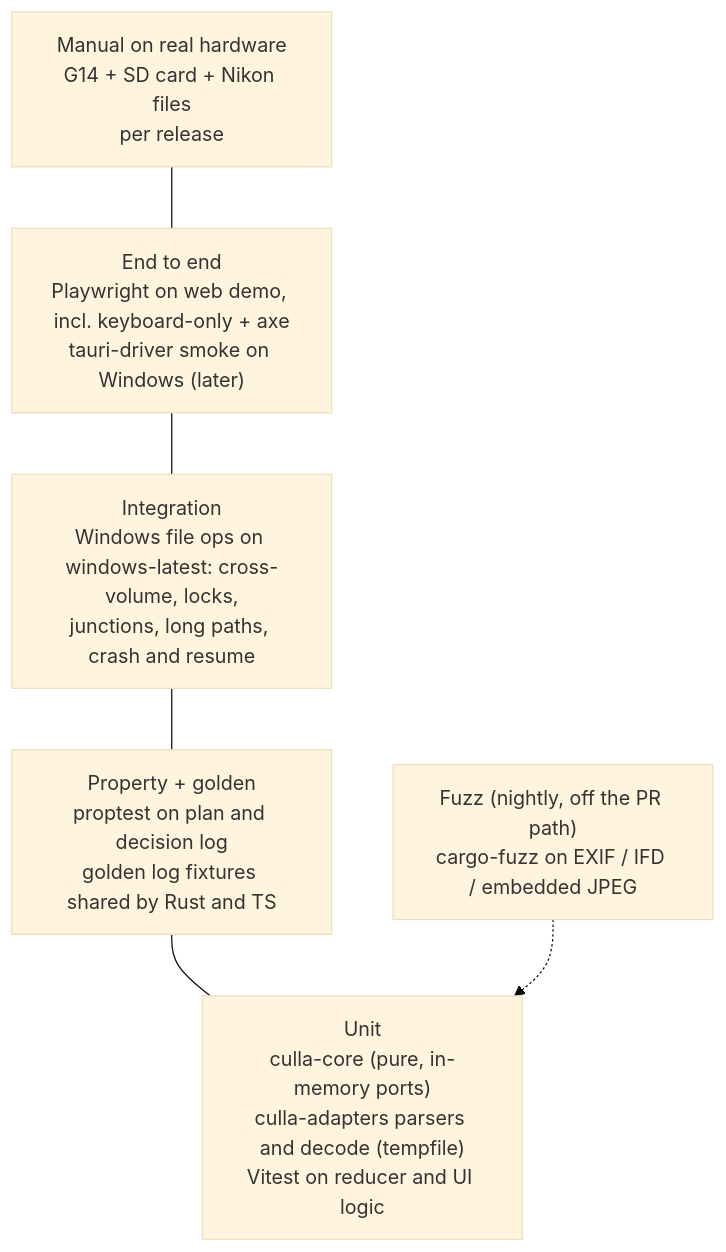
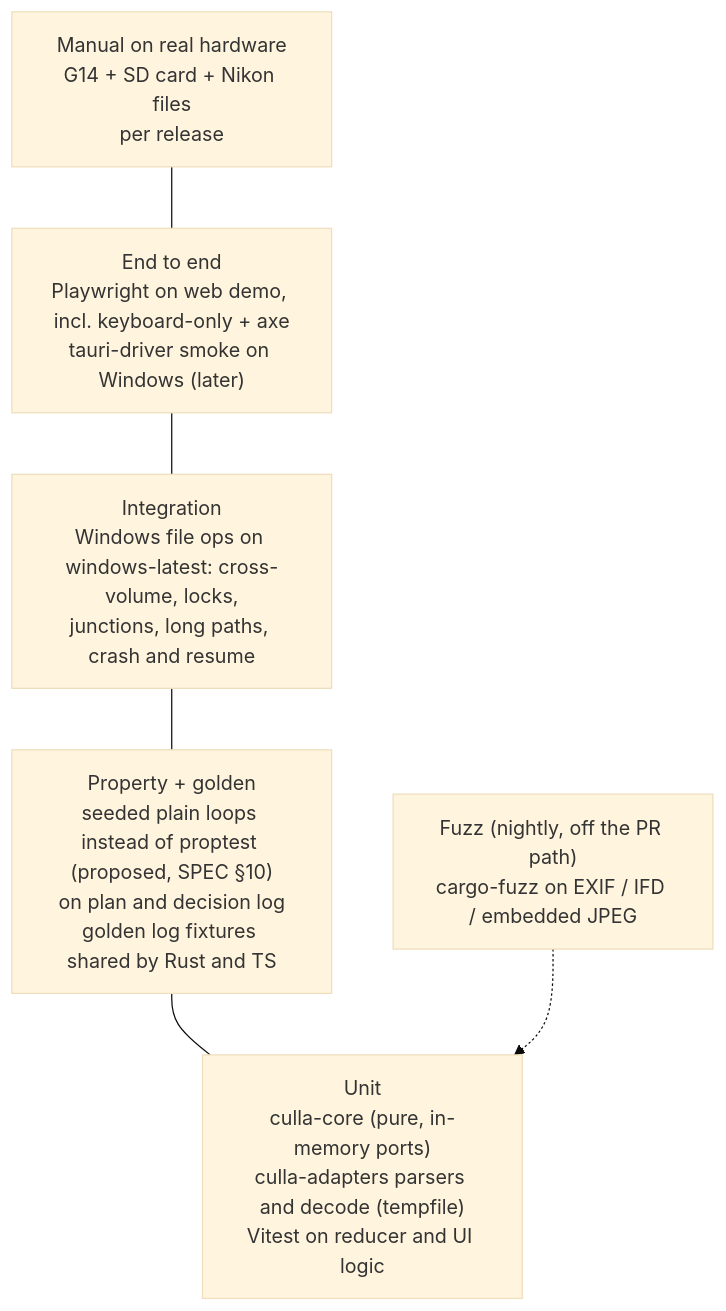
The diagram in docs/testing.md (margaux-faurie/culla), drawn with Mermaid (base theme) before and after one commit. The commit also changed other lines of this file and 75 other files, not shown here.

First line of the commit message:
feat(core): decision event log with golden fixtures (#32)

````diff
--- a/docs/testing.md
+++ b/docs/testing.md
@@ -17,11 +17,11 @@
 ```mermaid
 flowchart TB
   M["Manual on real hardware<br/>G14 + SD card + Nikon files<br/>per release"]
   E["End to end<br/>Playwright on web demo, incl. keyboard-only + axe<br/>tauri-driver smoke on Windows (later)"]
   I["Integration<br/>Windows file ops on windows-latest: cross-volume, locks,<br/>junctions, long paths, crash and resume"]
-  P["Property + golden<br/>proptest on plan and decision log<br/>golden log fixtures shared by Rust and TS"]
+  P["Property + golden<br/>seeded plain loops instead of proptest (proposed, SPEC §10)<br/>on plan and decision log<br/>golden log fixtures shared by Rust and TS"]
   U["Unit<br/>culla-core (pure, in-memory ports)<br/>culla-adapters parsers and decode (tempfile)<br/>Vitest on reducer and UI logic"]
   F["Fuzz (nightly, off the PR path)<br/>cargo-fuzz on EXIF / IFD / embedded JPEG"]
   M --- E --- I --- P --- U
   F -.-> U
 ```
````
